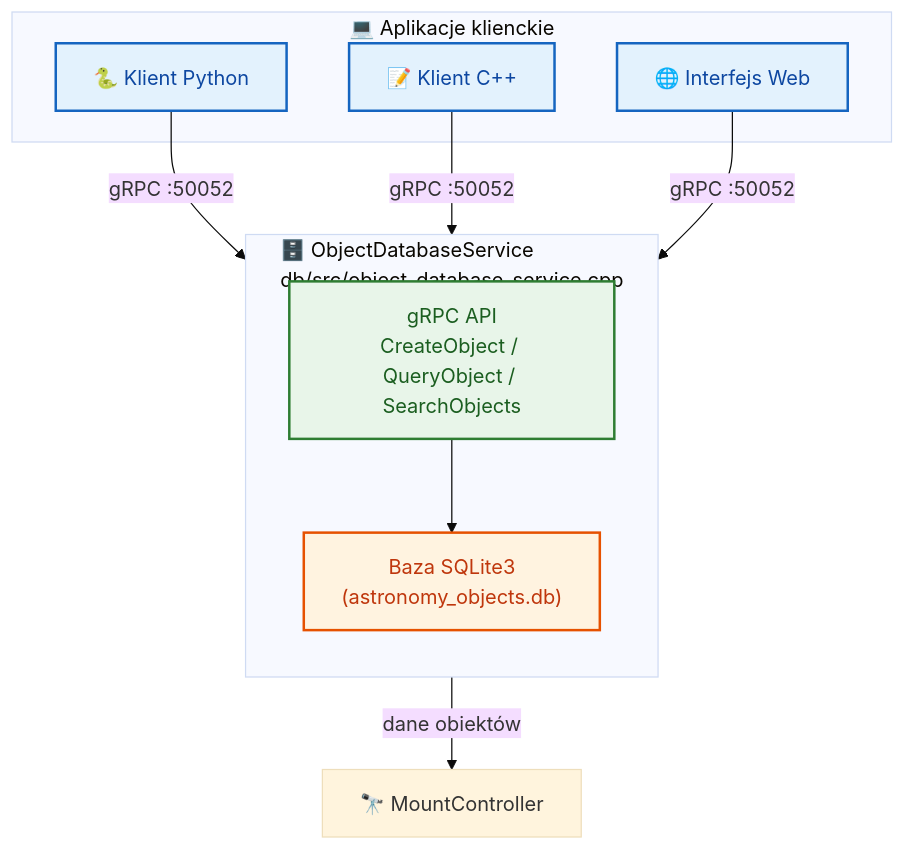
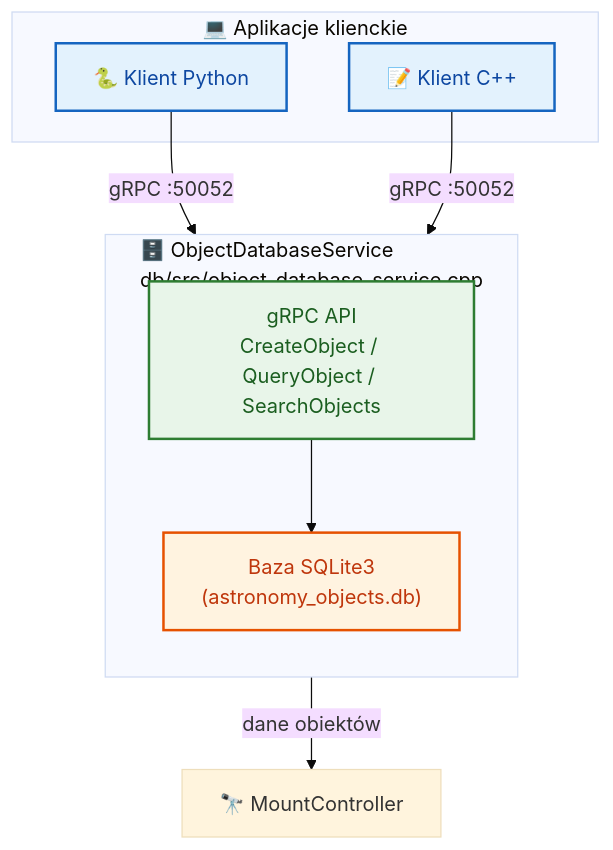
The diagram in docs/pl/api.md (pielaszkiewicz-jacek/astro_mount_control), drawn with Mermaid (base theme) before and after one commit. The commit also changed 32 other files, not shown here.

````diff
--- a/docs/pl/api.md
+++ b/docs/pl/api.md
@@ -1132,25 +1132,23 @@
 ```mermaid
 flowchart TB
     classDef clients fill:#e3f2fd,stroke:#1565c0,stroke-width:2px,color:#0d47a1
     classDef service fill:#e8f5e9,stroke:#2e7d32,stroke-width:2px,color:#1b5e20
     classDef storage fill:#fff3e0,stroke:#e65100,stroke-width:2px,color:#bf360c
 
     subgraph CLIENTS["💻 Aplikacje klienckie"]
         PY["🐍 Klient Python"]:::clients
         CPP["📝 Klient C++"]:::clients
-        WEB["🌐 Interfejs Web"]:::clients
     end
     
     PY -->|"gRPC :50052"| DBSRV
     CPP -->|"gRPC :50052"| DBSRV
-    WEB -->|"gRPC :50052"| DBSRV
     
     subgraph DBSRV["🗄️ ObjectDatabaseService<br/>db/src/object_database_service.cpp"]
         direction TB
         API["gRPC API<br/>CreateObject / QueryObject / SearchObjects"]:::service
         DB["Baza SQLite3<br/>(astronomy_objects.db)"]:::storage
         API --> DB
     end
     
     DBSRV -->|"dane obiektów"| MOUNT["🔭 MountController"]
 ```
````
